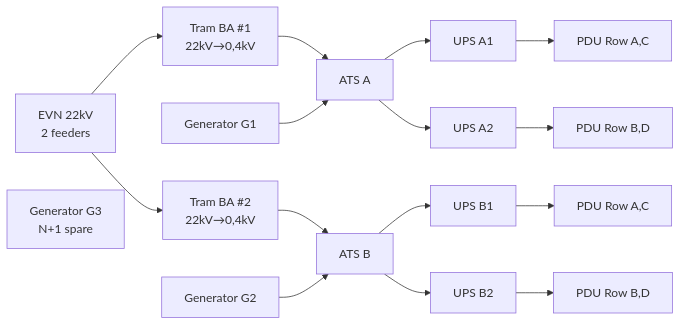
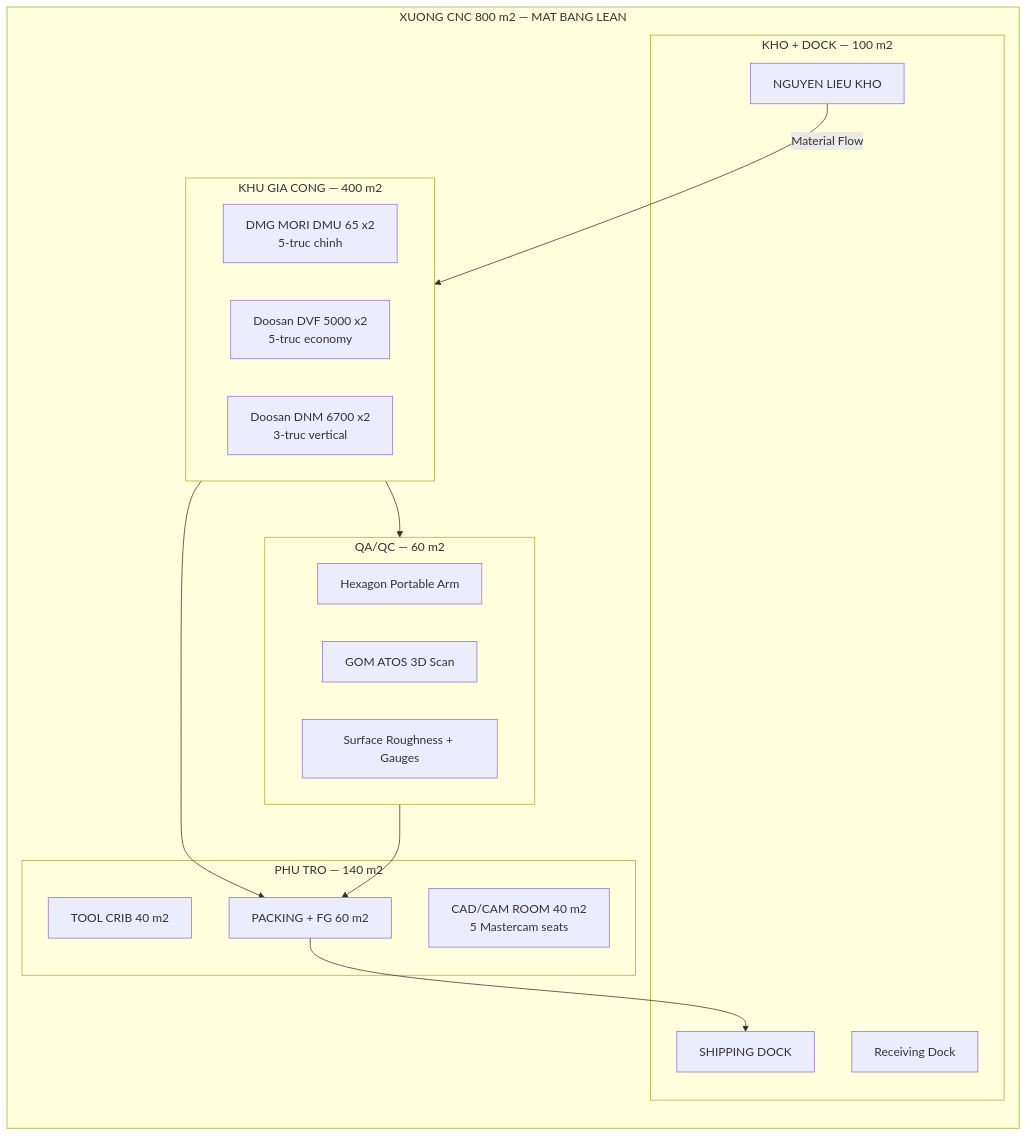
Before and after one commit to Mekong-HCM/MEKONG_TECHNOLOGY: the diagram in DE_AN_MEKONG_V2/mermaid_master/d_058.mmd, drawn with Mermaid. The commit also changed 156 other files, not shown here.

```diff
--- a/DE_AN_MEKONG_V2/mermaid_master/d_058.mmd
+++ b/DE_AN_MEKONG_V2/mermaid_master/d_058.mmd
@@ -1,12 +1,29 @@
-graph LR
-    EVN["EVN 22kV<br/>2 feeders"] --> TBA1["Tram BA #1<br/>22kV→0,4kV"]
-    EVN --> TBA2["Tram BA #2<br/>22kV→0,4kV"]
-    TBA1 --> ATSA["ATS A"]
-    TBA2 --> ATSB["ATS B"]
-    G1["Generator G1"] --> ATSA
-    G2["Generator G2"] --> ATSB
-    G3["Generator G3<br/>N+1 spare"]
-    ATSA --> UPSA1["UPS A1"] --> PDUAC1["PDU Row A,C"]
-    ATSA --> UPSA2["UPS A2"] --> PDUBD1["PDU Row B,D"]
-    ATSB --> UPSB1["UPS B1"] --> PDUAC2["PDU Row A,C"]
-    ATSB --> UPSB2["UPS B2"] --> PDUBD2["PDU Row B,D"]
+graph TB
+    subgraph PLANT["XUONG CNC 800 m2 — MAT BANG LEAN"]
+        direction TB
+        subgraph WEST["KHO + DOCK — 100 m2"]
+            MAT["NGUYEN LIEU KHO"]
+            RD["Receiving Dock"]
+            SD["SHIPPING DOCK"]
+        end
+        subgraph MACHINING["KHU GIA CONG — 400 m2"]
+            A1["DMG MORI DMU 65 x2<br/>5-truc chinh"]
+            A2["Doosan DVF 5000 x2<br/>5-truc economy"]
+            A3["Doosan DNM 6700 x2<br/>3-truc vertical"]
+        end
+        subgraph QAQC["QA/QC — 60 m2"]
+            CMM2["Hexagon Portable Arm"]
+            GOM["GOM ATOS 3D Scan"]
+            GAUGE["Surface Roughness + Gauges"]
+        end
+        subgraph SUPPORT["PHU TRO — 140 m2"]
+            TC["TOOL CRIB 40 m2"]
+            CAD["CAD/CAM ROOM 40 m2<br/>5 Mastercam seats"]
+            PACK["PACKING + FG 60 m2"]
+        end
+    end
+    MAT -->|"Material Flow"| MACHINING
+    MACHINING --> QAQC
+    MACHINING --> PACK
+    QAQC --> PACK
+    PACK --> SD
```
